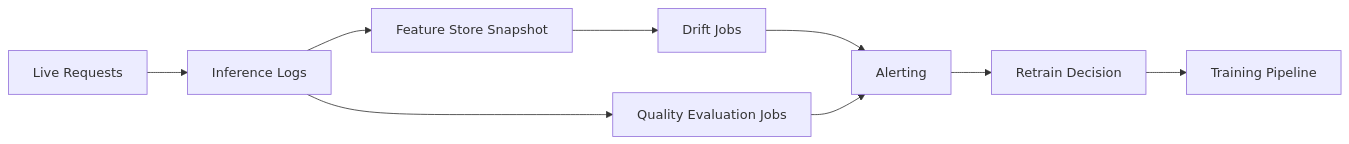
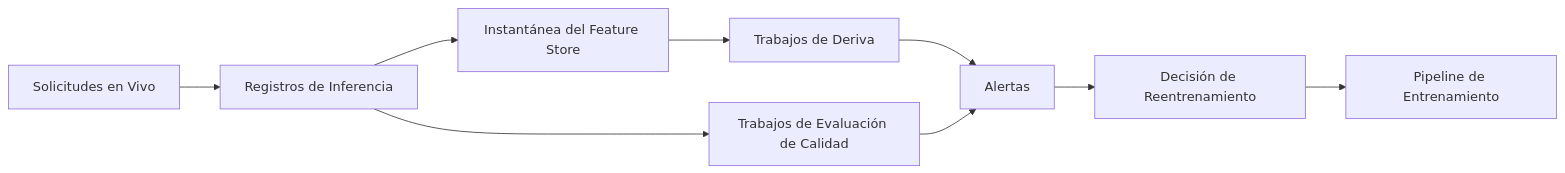
One commit to Cloud2BR-MSFTLearningHub/Azure-ML-Advanced changed the diagram in i18n-es/modules/results-explainability.md. Above: the diagram before and after it, drawn with Mermaid. The commit also changed other lines of this file and 29 other files, not shown here.

````diff
--- a/i18n-es/modules/results-explainability.md
+++ b/i18n-es/modules/results-explainability.md
@@ -136,11 +136,11 @@
 ```mermaid
 flowchart LR
-	A[Live Requests] --> B[Inference Logs]
-	B --> C[Feature Store Snapshot]
-	C --> D[Drift Jobs]
-	B --> E[Quality Evaluation Jobs]
-	D --> F[Alerting]
+	A[Solicitudes en Vivo] --> B[Registros de Inferencia]
+	B --> C[Instantánea del Feature Store]
+	C --> D[Trabajos de Deriva]
+	B --> E[Trabajos de Evaluación de Calidad]
+	D --> F[Alertas]
 	E --> F
-	F --> G[Retrain Decision]
-	G --> H[Training Pipeline]
+	F --> G[Decisión de Reentrenamiento]
+	G --> H[Pipeline de Entrenamiento]
 ```
````
